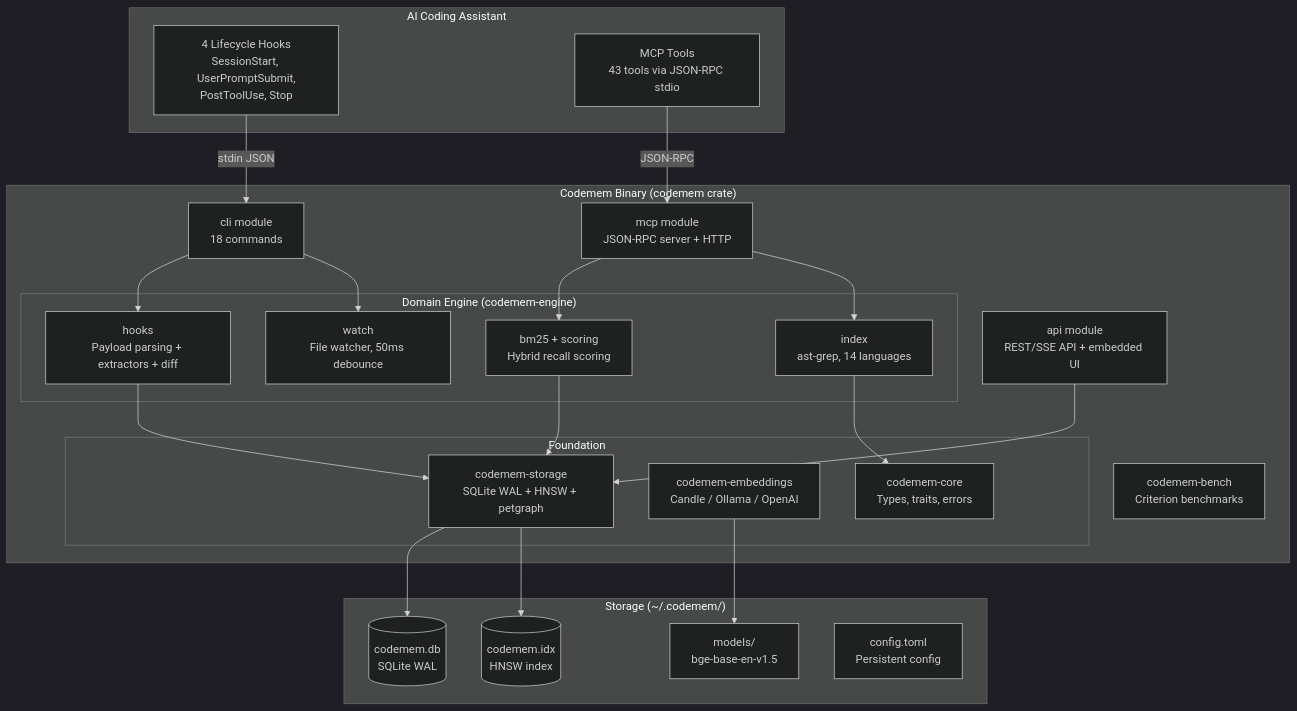
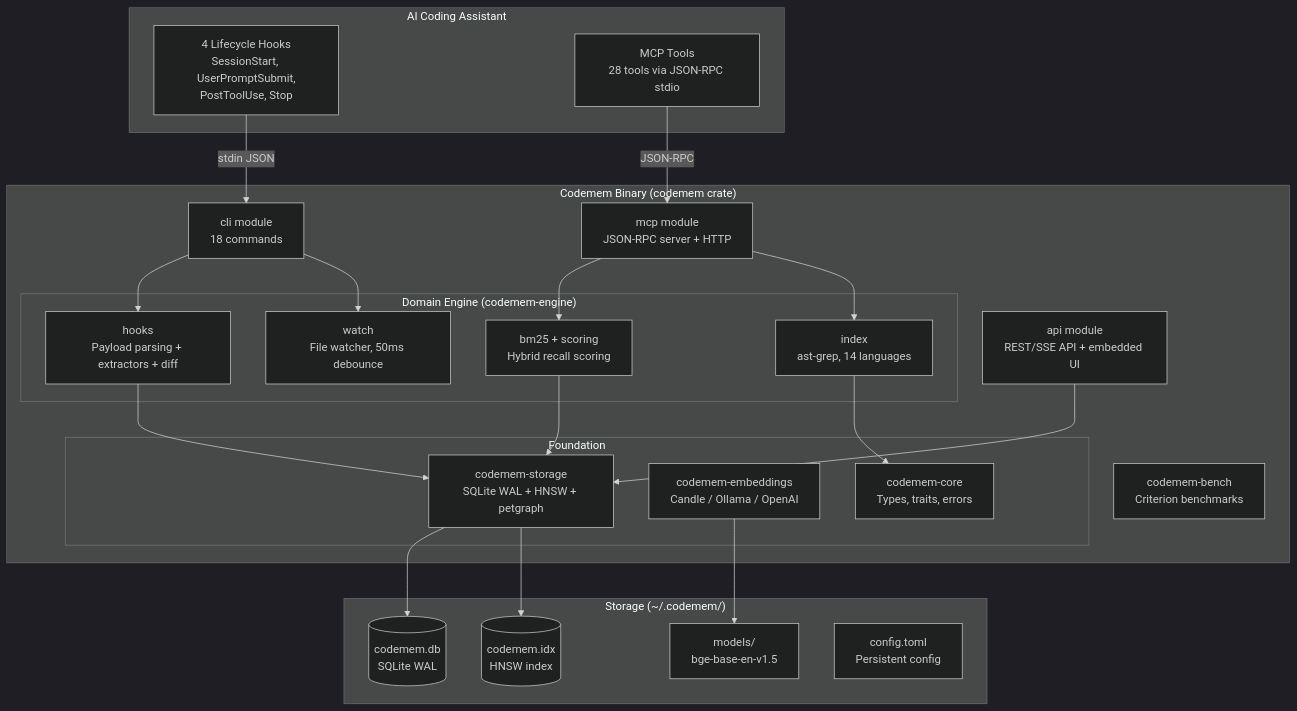
Before and after one commit to cogniplex/codemem: the first of 10 diagrams in docs/architecture.md, drawn with Mermaid (dark theme). The commit also changed other lines of this file and 34 other files, not shown here.

````diff
--- a/docs/architecture.md
+++ b/docs/architecture.md
@@ -19,49 +19,49 @@
 ```mermaid
 graph TB
     subgraph "AI Coding Assistant"
         H[4 Lifecycle Hooks<br/>SessionStart, UserPromptSubmit,<br/>PostToolUse, Stop]
-        M[MCP Tools<br/>43 tools via JSON-RPC stdio]
+        M[MCP Tools<br/>28 tools via JSON-RPC stdio]
     end
 
     subgraph "Codemem Binary (codemem crate)"
         CLI[cli module<br/>18 commands]
         MCP_MOD[mcp module<br/>JSON-RPC server + HTTP]
         API_MOD[api module<br/>REST/SSE API + embedded UI]
 
         subgraph "Domain Engine (codemem-engine)"
             HOOKS[hooks<br/>Payload parsing + extractors + diff]
             WATCH[watch<br/>File watcher, 50ms debounce]
             IDX[index<br/>ast-grep, 14 languages]
             BM25[bm25 + scoring<br/>Hybrid recall scoring]
         end
 
         subgraph "Foundation"
             CORE[codemem-core<br/>Types, traits, errors]
             EMB[codemem-embeddings<br/>Candle / Ollama / OpenAI]
             STORE[codemem-storage<br/>SQLite WAL + HNSW + petgraph]
         end
 
         BENCH[codemem-bench<br/>Criterion benchmarks]
     end
 
     subgraph "Storage (~/.codemem/)"
         DB[(codemem.db<br/>SQLite WAL)]
         HNSW[(codemem.idx<br/>HNSW index)]
         MODEL[models/<br/>bge-base-en-v1.5]
         CONF[config.toml<br/>Persistent config]
     end
 
     H -->|stdin JSON| CLI
     M -->|JSON-RPC| MCP_MOD
     CLI --> HOOKS
     CLI --> WATCH
     MCP_MOD --> BM25
     MCP_MOD --> IDX
     API_MOD --> STORE
     HOOKS --> STORE
     BM25 --> STORE
     IDX --> CORE
     STORE --> DB
     STORE --> HNSW
     EMB --> MODEL
 ```
````
